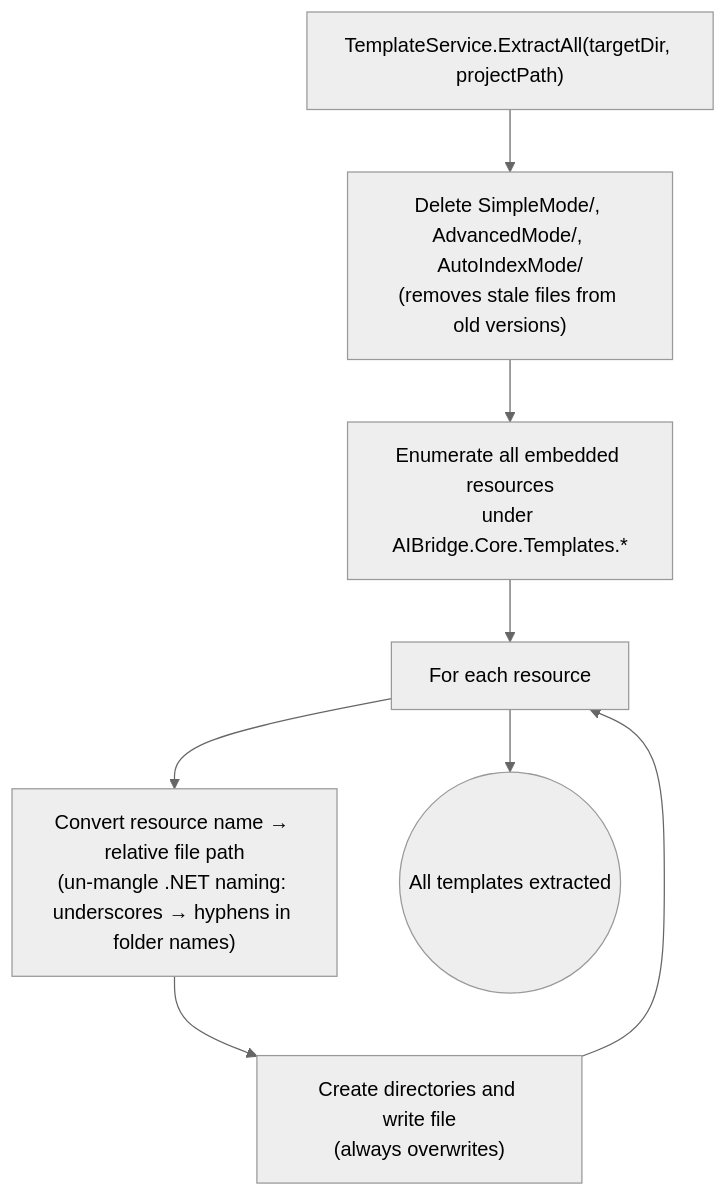
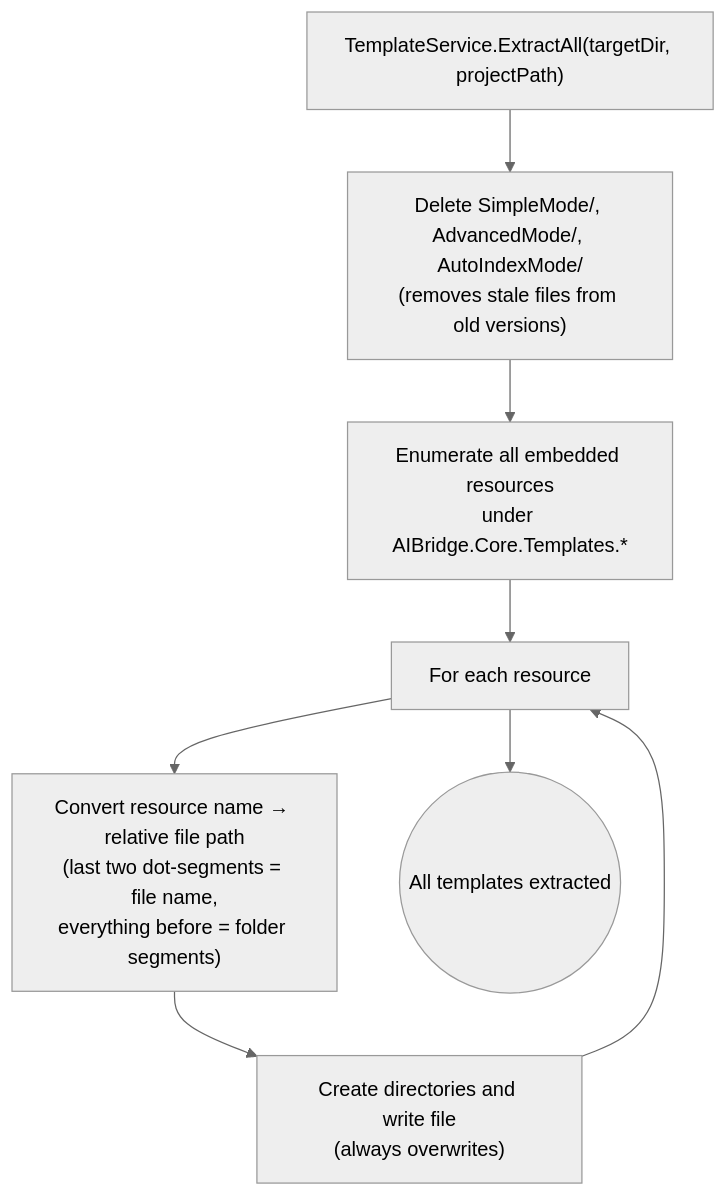
Before and after one commit to arpanvgm/ai-bridge: the third of 8 diagrams in workflows/CORE.md, drawn with Mermaid (neutral theme). The commit also changed other lines of this file and 14 other files, not shown here.

```diff
--- a/workflows/CORE.md
+++ b/workflows/CORE.md
@@ -66,11 +87,11 @@
 ~~~mermaid
 flowchart TD
     Start["TemplateService.ExtractAll(targetDir, projectPath)"]
     Start --> DeleteFolders["Delete SimpleMode/, AdvancedMode/, AutoIndexMode/\n(removes stale files from old versions)"]
     DeleteFolders --> Enumerate["Enumerate all embedded resources\nunder AIBridge.Core.Templates.*"]
     Enumerate --> Loop["For each resource"]
-    Loop --> Convert["Convert resource name → relative file path\n(un-mangle .NET naming: underscores → hyphens in folder names)"]
+    Loop --> Convert["Convert resource name → relative file path\n(last two dot-segments = file name,\neverything before = folder segments)"]
     Convert --> Write["Create directories and write file\n(always overwrites)"]
     Write --> Loop
     Loop --> Done(("All templates extracted"))
 ~~~
```
